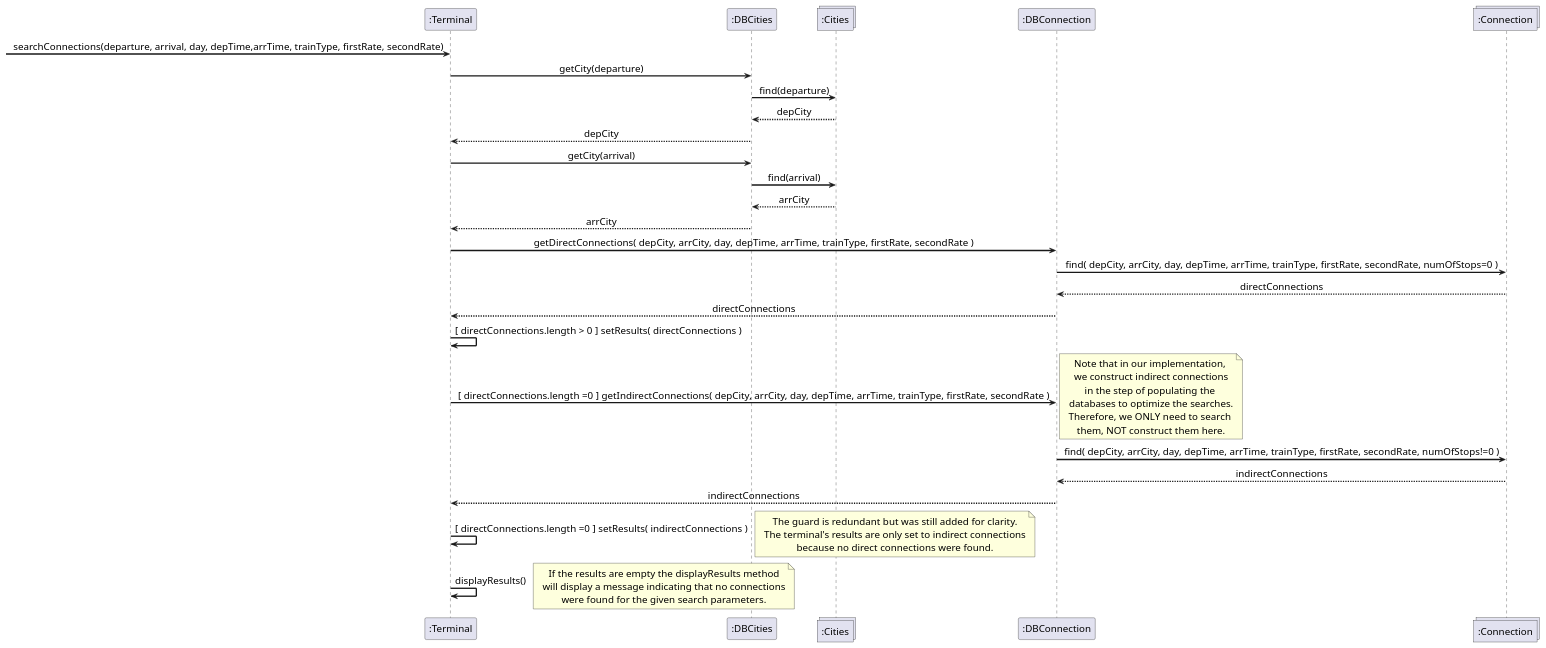
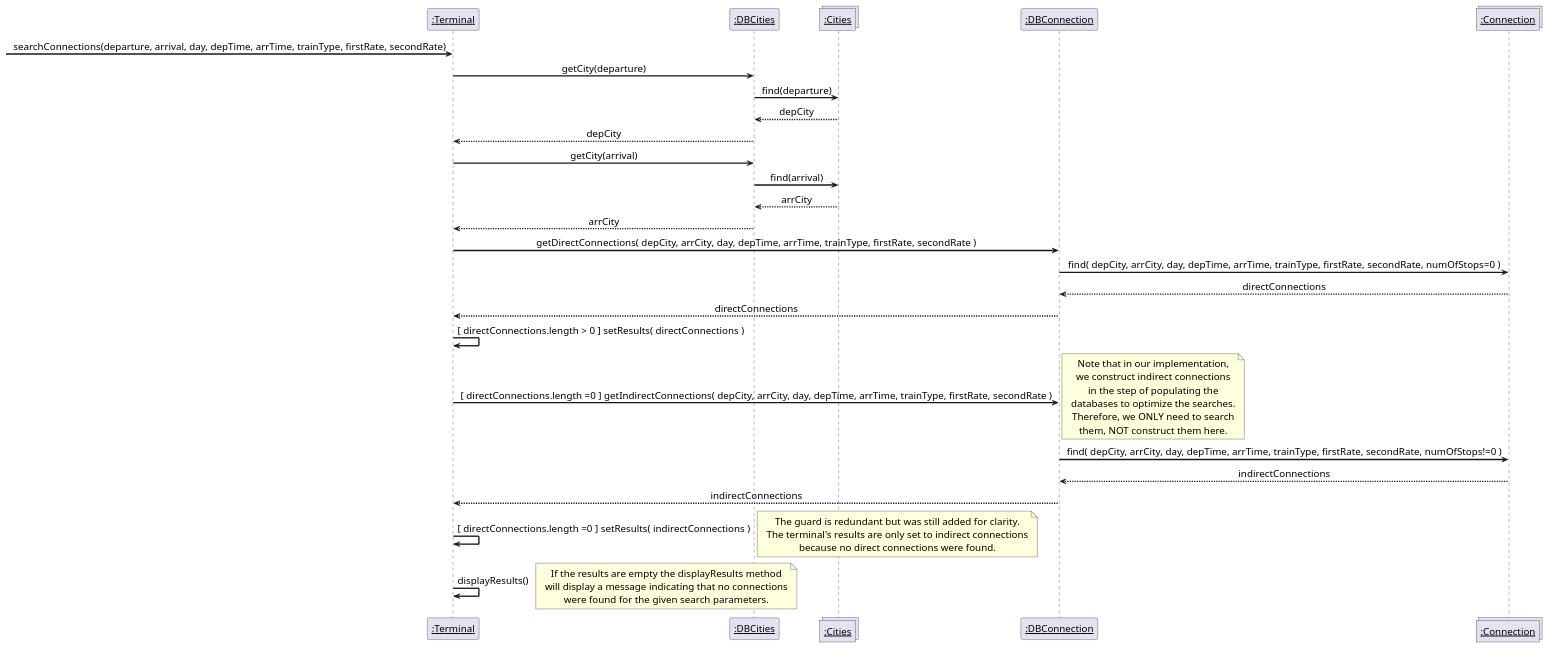
One commit to Cimpo1/SOEN342_2025 changed the diagram in docs/searchConn.plantuml. Above: the diagram before and after it, drawn with PlantUML. The commit also changed 16 other files, not shown here.

```diff
--- a/docs/searchConn.plantuml
+++ b/docs/searchConn.plantuml
@@ -1,67 +1,68 @@
 @startuml searchConn Interaction Sequence Diagram
 skinparam DefaultFontName Arial
 skinparam DefaultFontSize 16
 skinparam DefaultFontStyle bold
 skinparam ArrowThickness 2.2
 skinparam sequenceMessageAlign center
 skinparam noteTextAlignment center
+skinparam sequenceParticipant underline
 hide empty members
 
 participant ":Terminal" as terminal
 participant ":DBCities" as dbci
 collections ":Cities" as cMulti
 participant ":DBConnection" as dbco
 collections ":Connection" as connMulti
 
-->terminal:searchConnections(departure, arrival, day, depTime,arrTime, trainType, firstRate, secondRate)
+->terminal:searchConnections(departure, arrival, day, depTime, arrTime, trainType, firstRate, secondRate)
 terminal->dbci :getCity(departure)
 
 dbci->cMulti: find(departure)
 cMulti --> dbci:depCity
 dbci --> terminal:depCity
 
 
 terminal->dbci :getCity(arrival)
 
 dbci->cMulti: find(arrival)
 cMulti --> dbci:arrCity
 dbci --> terminal:arrCity
 
 terminal->dbco:getDirectConnections( depCity, arrCity, day, depTime, arrTime, trainType, firstRate, secondRate )
 dbco->connMulti: find( depCity, arrCity, day, depTime, arrTime, trainType, firstRate, secondRate, numOfStops=0 )
 connMulti --> dbco:directConnections
 dbco --> terminal:directConnections
 
 terminal -> terminal: [ directConnections.length > 0 ] setResults( directConnections )
 
 terminal->dbco:[ directConnections.length =0 ] getIndirectConnections( depCity, arrCity, day, depTime, arrTime, trainType, firstRate, secondRate )
 note right
-    Note that in our implementation, 
+    Note that in our implementation,
     we construct indirect connections
-    in the step of populating the 
+    in the step of populating the
     databases to optimize the searches.
-    Therefore, we ONLY need to search 
+    Therefore, we ONLY need to search
     them, NOT construct them here.
 endnote
 dbco->connMulti: find( depCity, arrCity, day, depTime, arrTime, trainType, firstRate, secondRate, numOfStops!=0 )
 connMulti --> dbco:indirectConnections
 dbco --> terminal:indirectConnections
 
 terminal -> terminal: [ directConnections.length =0 ] setResults( indirectConnections )
 
 note right
     The guard is redundant but was still added for clarity.
     The terminal's results are only set to indirect connections
     because no direct connections were found.
 endnote
 
 terminal ->terminal: displayResults()
 
 note right
     If the results are empty the displayResults method
     will display a message indicating that no connections
     were found for the given search parameters.
 endnote
 
 
 @enduml
```
